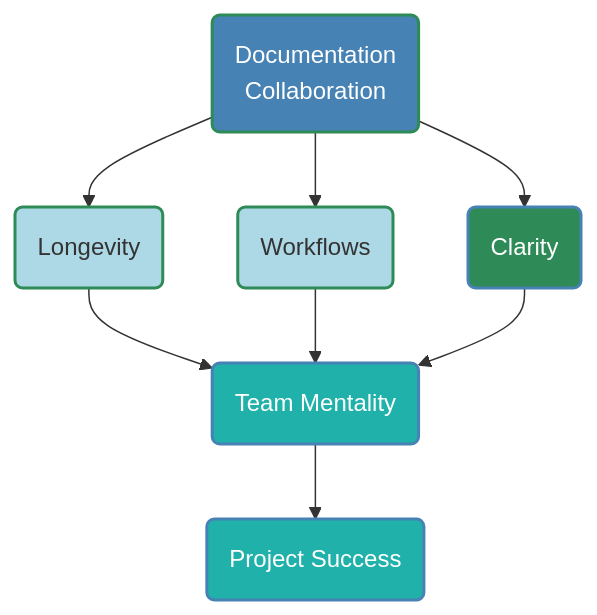
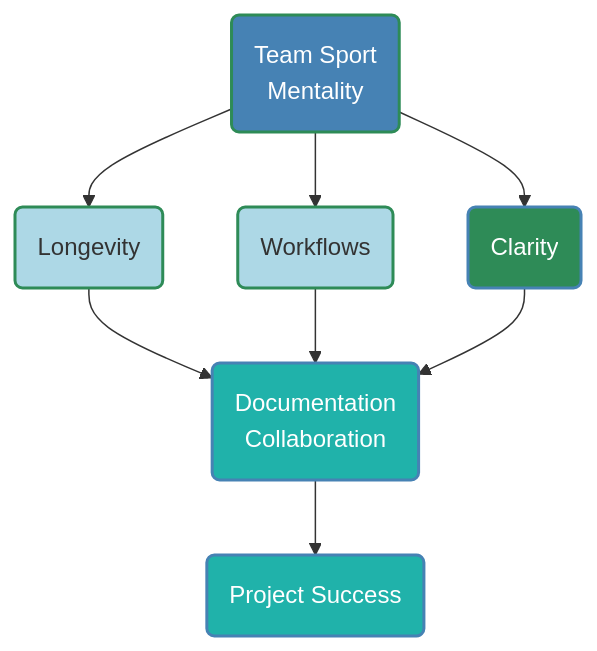
Diagram 11 of 11 in README.md (buckeye43210/markdown-to-snowkb), drawn with Mermaid before and after one commit.

````diff
--- a/README.md
+++ b/README.md
@@ -556,18 +556,18 @@
 ```mermaid
 graph TD
-    A(Documentation<br> Collaboration)
+    A(Team Sport<br> Mentality)
     A --> B(Longevity)
     A --> C(Workflows)
     A --> D(Clarity)
-    B --> E(Team Mentality)
+    B --> E(Documentation<br> Collaboration)
     C --> E
     D --> E
     E --> F(Project Success)
 
     style A fill:#4682B4,stroke:#2E8B57,stroke-width:2px,color:#FFFFFF
     style B fill:#ADD8E6,stroke:#2E8B57,stroke-width:2px
     style C fill:#ADD8E6,stroke:#2E8B57,stroke-width:2px
     style D fill:#2E8B57,stroke:#4682B4,stroke-width:2px,color:#FFFFFF
     style E fill:#20B2AA,stroke:#4682B4,stroke-width:2px,color:#FFFFFF
     style F fill:#20B2AA,stroke:#4682B4,stroke-width:2px,color:#FFFFFF
 ```
````
